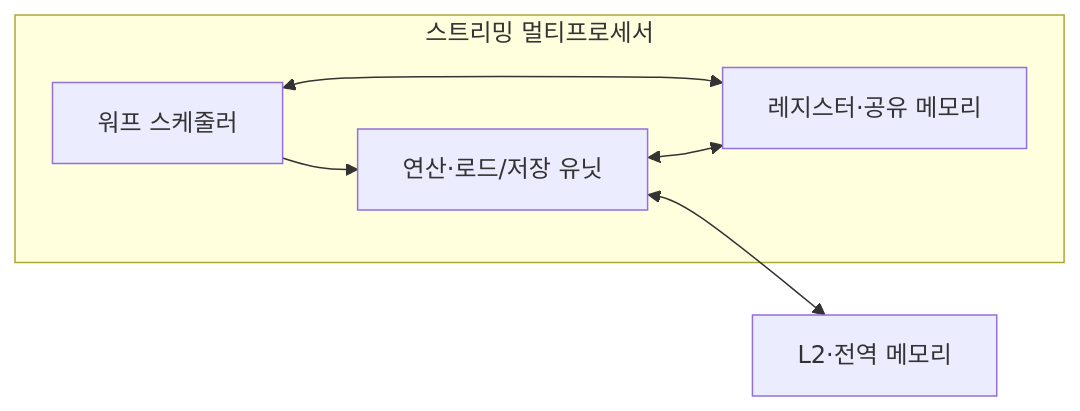
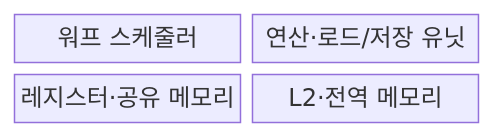
Before and after one commit to agnusdei1207/knowledge-base: the first of 2 diagrams in src/content/docs/notes/02-hardware/041_gpu_simt.md, drawn with Mermaid. The commit also changed other lines of this file and 20 other files, not shown here.

````diff
--- a/src/content/docs/notes/02-hardware/041_gpu_simt.md
+++ b/src/content/docs/notes/02-hardware/041_gpu_simt.md
@@ -68,9 +66,8 @@
 ```mermaid
-flowchart LR
-    subgraph SM["스트리밍 멀티프로세서"]
-        W["워프 스케줄러"] --> E["연산·로드/저장 유닛"]
-        W <--> R["레지스터·공유 메모리"]
-        E <--> R
-    end
-    E <--> G["L2·전역 메모리"]
+block
+    columns 2
+    W["워프 스케줄러"]
+    E["연산·로드/저장 유닛"]
+    R["레지스터·공유 메모리"]
+    G["L2·전역 메모리"]
 ```
````
